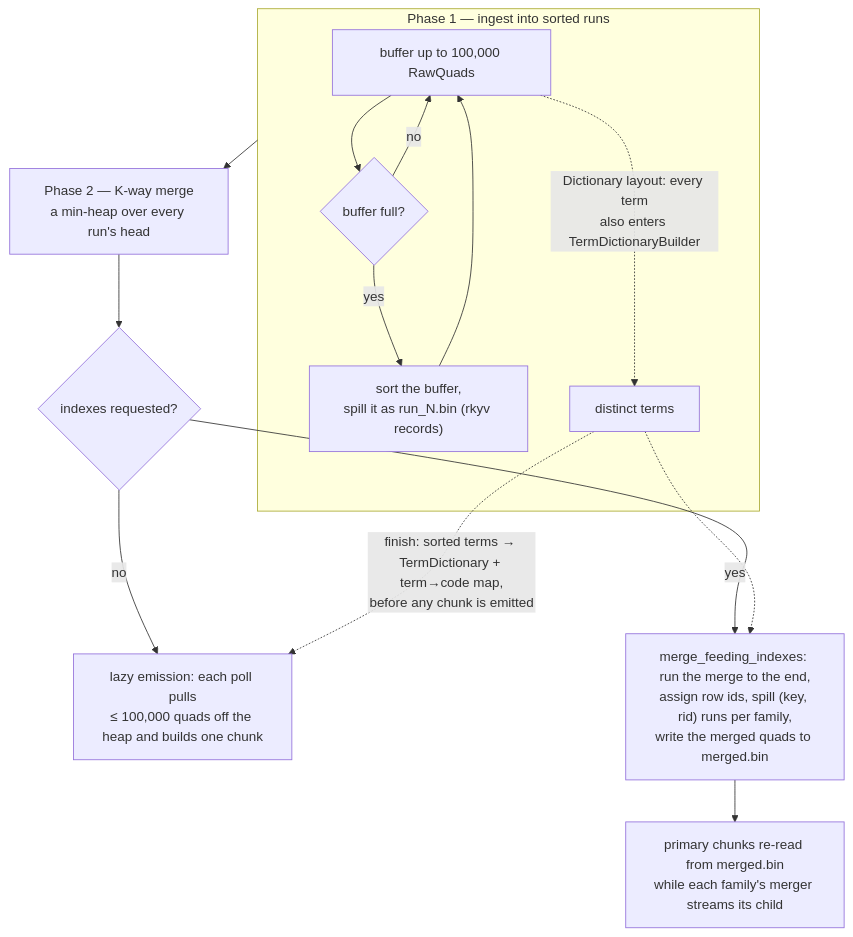
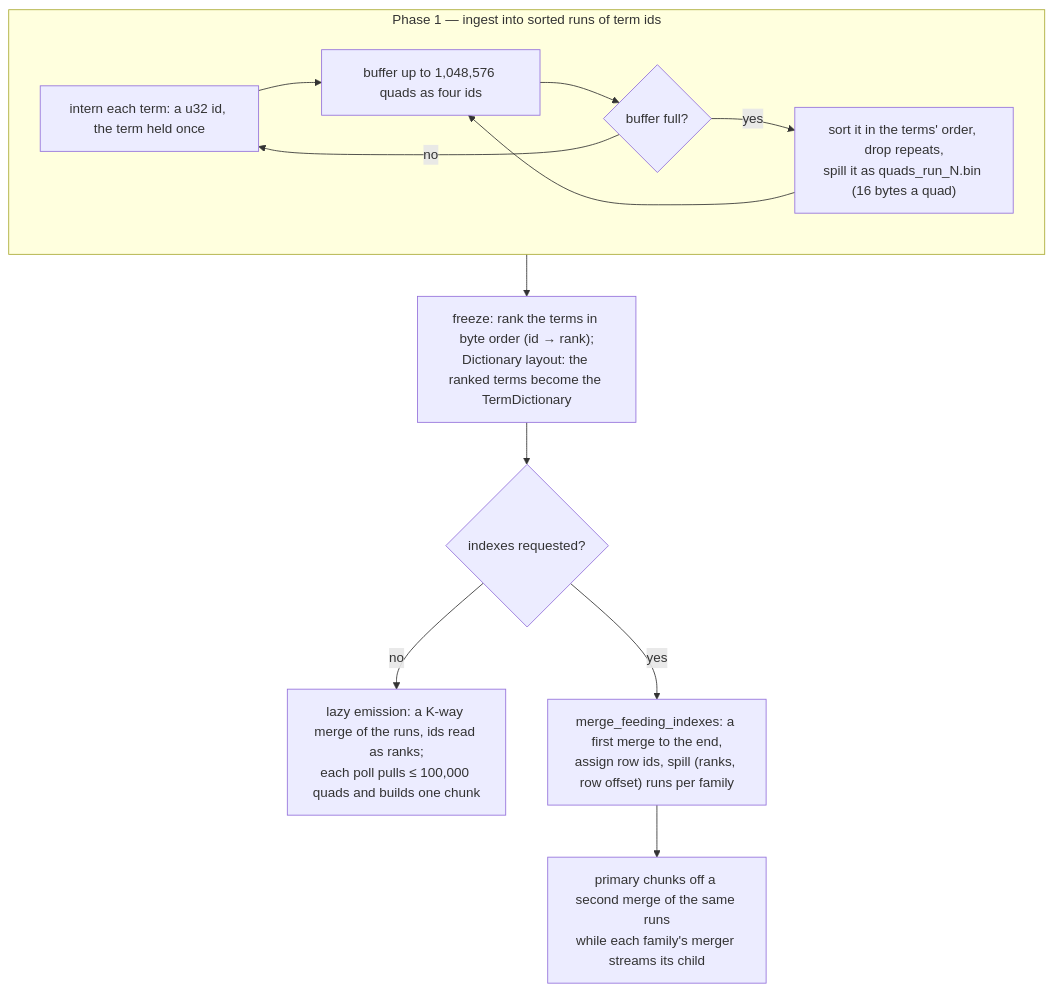
The third of 4 diagrams in docs/serialization.md (vortex-rdf/vortex-rdf), drawn with Mermaid before and after one commit. The commit also changed other lines of this file and 2 other files, not shown here.

First line of the commit message:
docs: the out-of-core build's term-id spill

````diff
--- a/docs/serialization.md
+++ b/docs/serialization.md
@@ -202,17 +203,15 @@
 ```mermaid
 flowchart TD
-    subgraph P1 ["Phase 1 — ingest into sorted runs"]
-        I1["buffer up to 100,000 RawQuads"] --> I2{"buffer full?"}
-        I2 -- "yes" --> I3["sort the buffer,<br/>spill it as run_N.bin (rkyv records)"]
+    subgraph P1 ["Phase 1 — ingest into sorted runs of term ids"]
+        I0["intern each term: a u32 id, the term held once"] --> I1["buffer up to 1,048,576 quads as four ids"]
+        I1 --> I2{"buffer full?"}
+        I2 -- "yes" --> I3["sort it in the terms' order, drop repeats,<br/>spill it as quads_run_N.bin (16 bytes a quad)"]
         I3 --> I1
-        I2 -- "no" --> I1
-        I1 -. "Dictionary layout: every term<br/>also enters TermDictionaryBuilder" .-> I4["distinct terms"]
+        I2 -- "no" --> I0
     end
-    P1 --> P2["Phase 2 — K-way merge<br/>a min-heap over every run's head"]
-    P2 --> Q{"indexes requested?"}
-    Q -- "no" --> E1["lazy emission: each poll pulls<br/>≤ 100,000 quads off the heap and builds one chunk"]
-    Q -- "yes" --> E2["merge_feeding_indexes: run the merge to the end,<br/>assign row ids, spill (key, rid) runs per family,<br/>write the merged quads to merged.bin"]
-    E2 --> E3["primary chunks re-read from merged.bin<br/>while each family's merger streams its child"]
-    I4 -. "finish: sorted terms → TermDictionary + term→code map,<br/>before any chunk is emitted" .-> E1
-    I4 -.-> E2
+    P1 --> F["freeze: rank the terms in byte order (id → rank);<br/>Dictionary layout: the ranked terms become the TermDictionary"]
+    F --> Q{"indexes requested?"}
+    Q -- "no" --> E1["lazy emission: a K-way merge of the runs, ids read as ranks;<br/>each poll pulls ≤ 100,000 quads and builds one chunk"]
+    Q -- "yes" --> E2["merge_feeding_indexes: a first merge to the end,<br/>assign row ids, spill (ranks, row offset) runs per family"]
+    E2 --> E3["primary chunks off a second merge of the same runs<br/>while each family's merger streams its child"]
 ```
````
